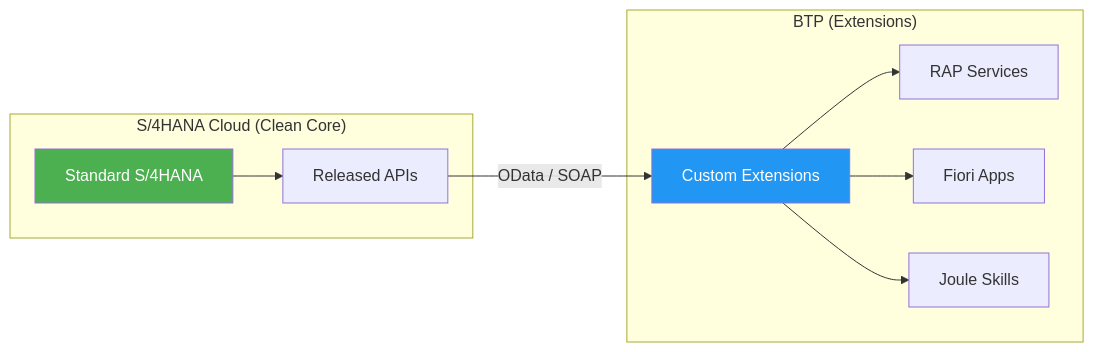
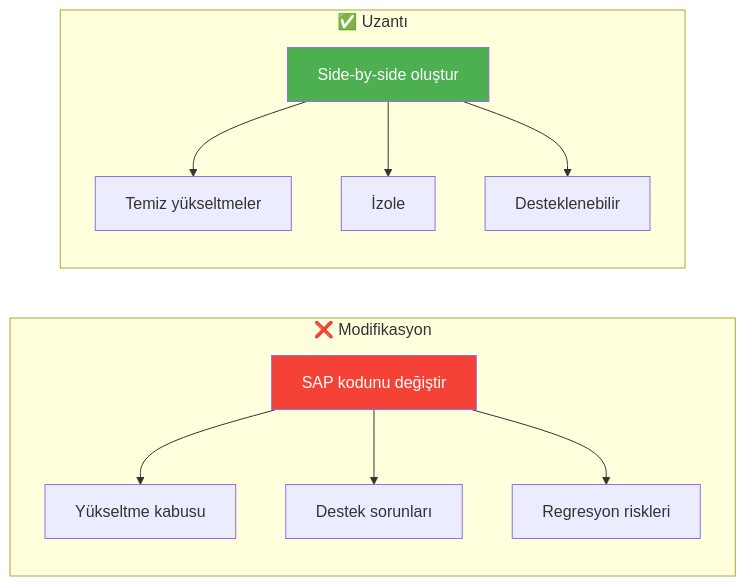
One commit to beyhanmeyrali/sap-all changed the third of 5 diagrams in Technical Tutorials/BTP/TR/chapters/17-clean-core.md. Above: the diagram before and after it, drawn with Mermaid. The commit also changed other lines of this file and 2 other files, not shown here.

````diff
--- a/Technical Tutorials/BTP/TR/chapters/17-clean-core.md
+++ b/Technical Tutorials/BTP/TR/chapters/17-clean-core.md
@@ -76,23 +74,19 @@
 ```mermaid
 graph LR
-    subgraph "S/4HANA Cloud (Clean Core)"
-        S4[Standard S/4HANA]
-        API[Released APIs]
-        S4 --> API
+    subgraph "❌ Modifikasyon"
+        MOD[SAP kodunu değiştir]
+        MOD --> PAIN1[Yükseltme kabusu]
+        MOD --> PAIN2[Destek sorunları]
+        MOD --> PAIN3[Regresyon riskleri]
     end
 
-    subgraph "BTP (Extensions)"
-        EXT[Custom Extensions]
-        RAP[RAP Services]
-        FIORI[Fiori Apps]
-        JOULE[Joule Skills]
+    subgraph "✅ Uzantı"
+        EXT[Side-by-side oluştur]
+        EXT --> GOOD1[Temiz yükseltmeler]
+        EXT --> GOOD2[İzole]
+        EXT --> GOOD3[Desteklenebilir]
     end
 
-    API --> |"OData / SOAP"| EXT
-    EXT --> RAP
-    EXT --> FIORI
-    EXT --> JOULE
-
-    style S4 fill:#4CAF50,color:white
-    style EXT fill:#2196F3,color:white
+    style MOD fill:#f44336,color:white
+    style EXT fill:#4CAF50,color:white
 ```
````
